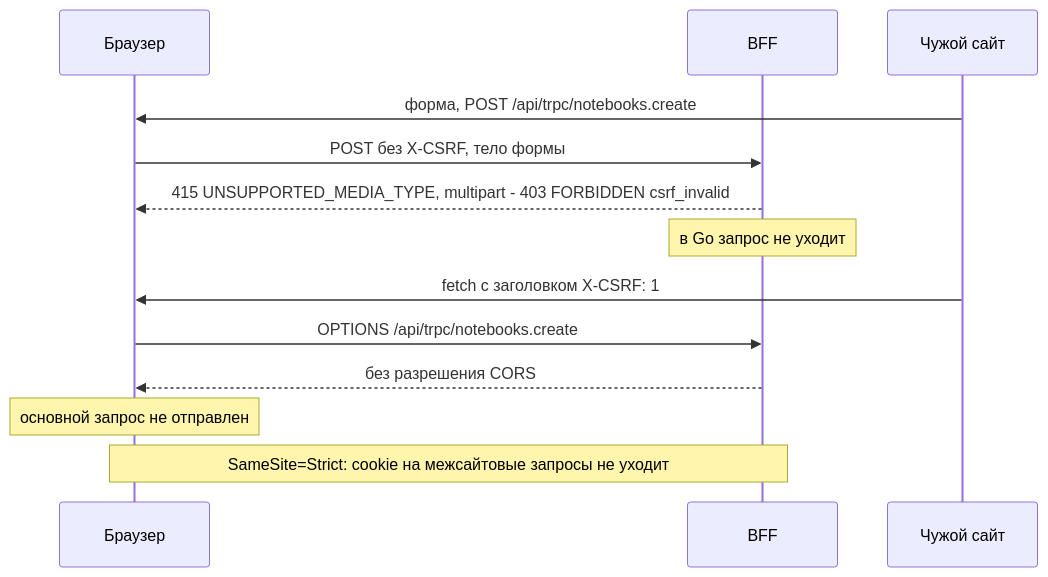
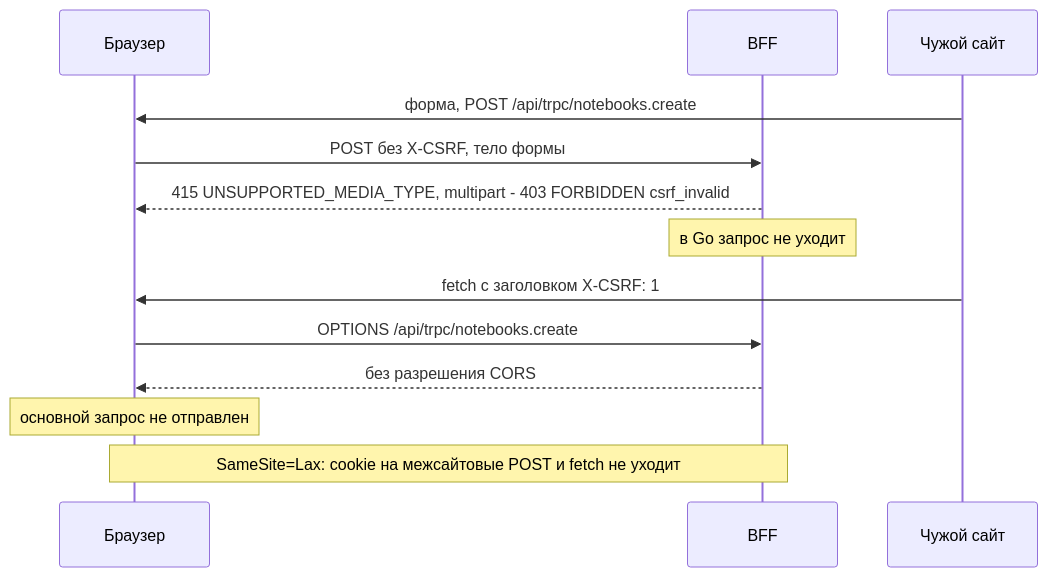
Before and after one commit to Cringe-Driven-Development-Team/docs: the seventh of 10 diagrams in site/modules/2/tracks/bff/auth.md, drawn with Mermaid. The commit also changed other lines of this file and 6 other files, not shown here.

````diff
--- a/site/modules/2/tracks/bff/auth.md
+++ b/site/modules/2/tracks/bff/auth.md
@@ -291,15 +308,15 @@
 ```mermaid
 sequenceDiagram
   participant B as Браузер
   participant P as BFF
   participant E as Чужой сайт
   E->>B: форма, POST /api/trpc/notebooks.create
   B->>P: POST без X-CSRF, тело формы
   P-->>B: 415 UNSUPPORTED_MEDIA_TYPE, multipart - 403 FORBIDDEN csrf_invalid
   Note over P: в Go запрос не уходит
   E->>B: fetch с заголовком X-CSRF: 1
   B->>P: OPTIONS /api/trpc/notebooks.create
   P-->>B: без разрешения CORS
   Note over B: основной запрос не отправлен
-  Note over B,P: SameSite=Strict: cookie на межсайтовые запросы не уходит
+  Note over B,P: SameSite=Lax: cookie на межсайтовые POST и fetch не уходит
 ```
````
